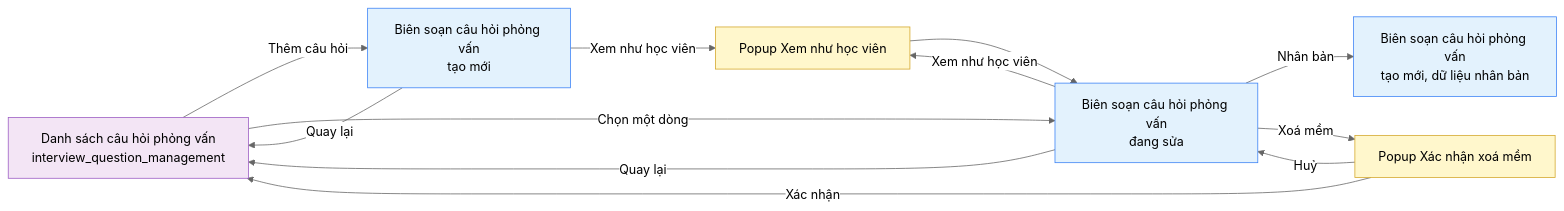
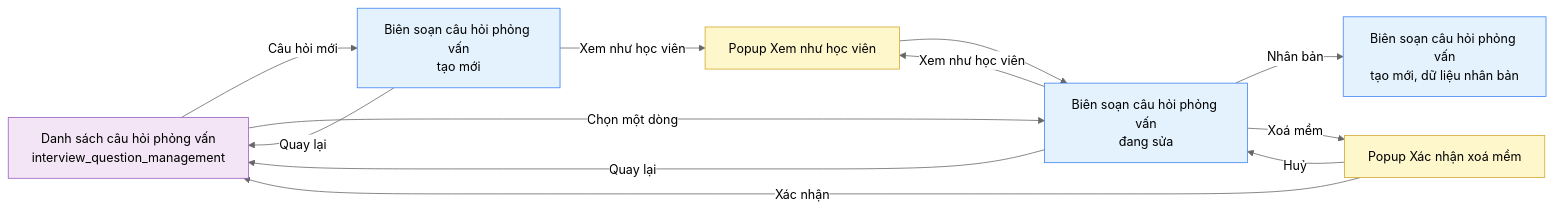
Before and after one commit to daiphu1801/PRJ_ALGOPREP: the diagram in 02-bd/screens/shared/SHR0302_interview_question_authoring.md, drawn with Mermaid (neutral theme). The commit also changed other lines of this file and 37 other files, not shown here.

````diff
--- a/02-bd/screens/shared/SHR0302_interview_question_authoring.md
+++ b/02-bd/screens/shared/SHR0302_interview_question_authoring.md
@@ -183,22 +186,22 @@
 ```mermaid
 flowchart LR
-    list["Danh sách câu hỏi phỏng vấn<br/>interview_question_management"] -->|"Thêm câu hỏi"| createNew["Biên soạn câu hỏi phỏng vấn<br/>tạo mới"]
+    list["Danh sách câu hỏi phỏng vấn<br/>interview_question_management"] -->|"Câu hỏi mới"| createNew["Biên soạn câu hỏi phỏng vấn<br/>tạo mới"]
     list -->|"Chọn một dòng"| editExisting["Biên soạn câu hỏi phỏng vấn<br/>đang sửa"]
     createNew -->|"Quay lại"| list
     editExisting -->|"Quay lại"| list
     editExisting -->|"Nhân bản"| dupNew["Biên soạn câu hỏi phỏng vấn<br/>tạo mới, dữ liệu nhân bản"]
     editExisting -->|"Xoá mềm"| confirmDelete["Popup Xác nhận xoá mềm"]
     confirmDelete -->|"Xác nhận"| list
     confirmDelete -->|"Huỷ"| editExisting
     createNew -->|"Xem như học viên"| preview["Popup Xem như học viên"]
     editExisting -->|"Xem như học viên"| preview
     preview --> editExisting
 
     classDef source fill:#F3E5F5,stroke:#9C5CC4,color:#000
     classDef screen fill:#E3F2FD,stroke:#3B82F6,color:#000
     classDef popup fill:#FFF7CC,stroke:#D4A72C,color:#000
 
     class list source
     class createNew,editExisting,dupNew screen
     class confirmDelete,preview popup
 ```
````
